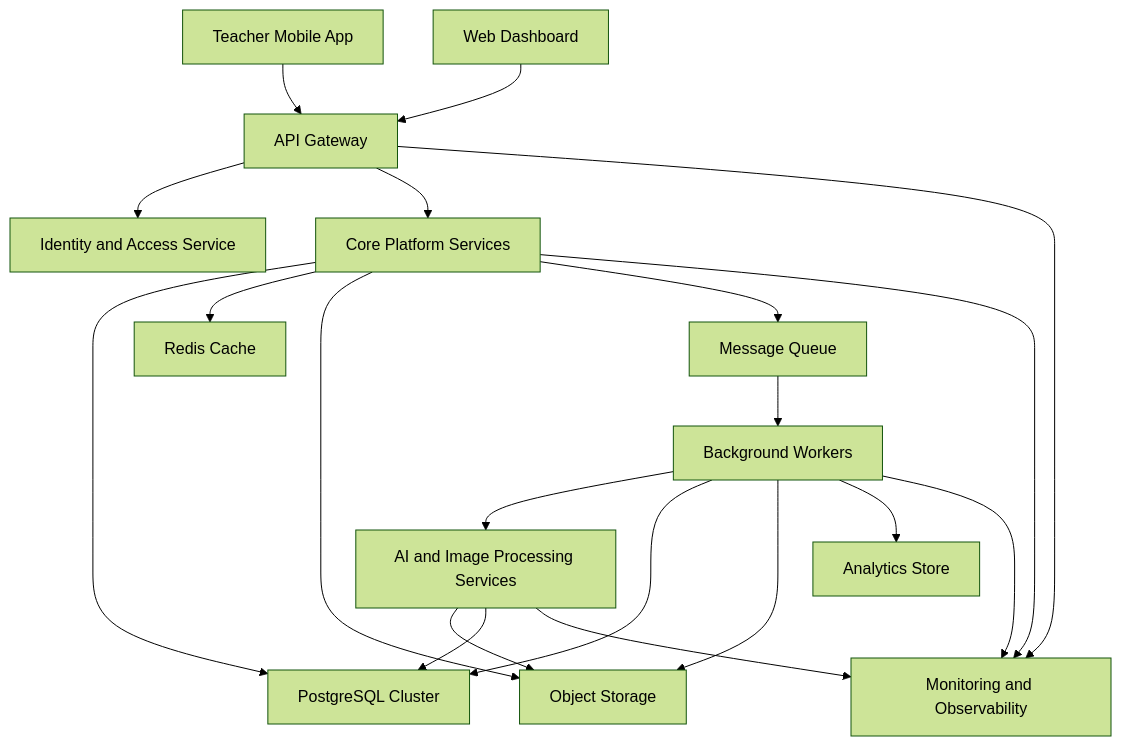
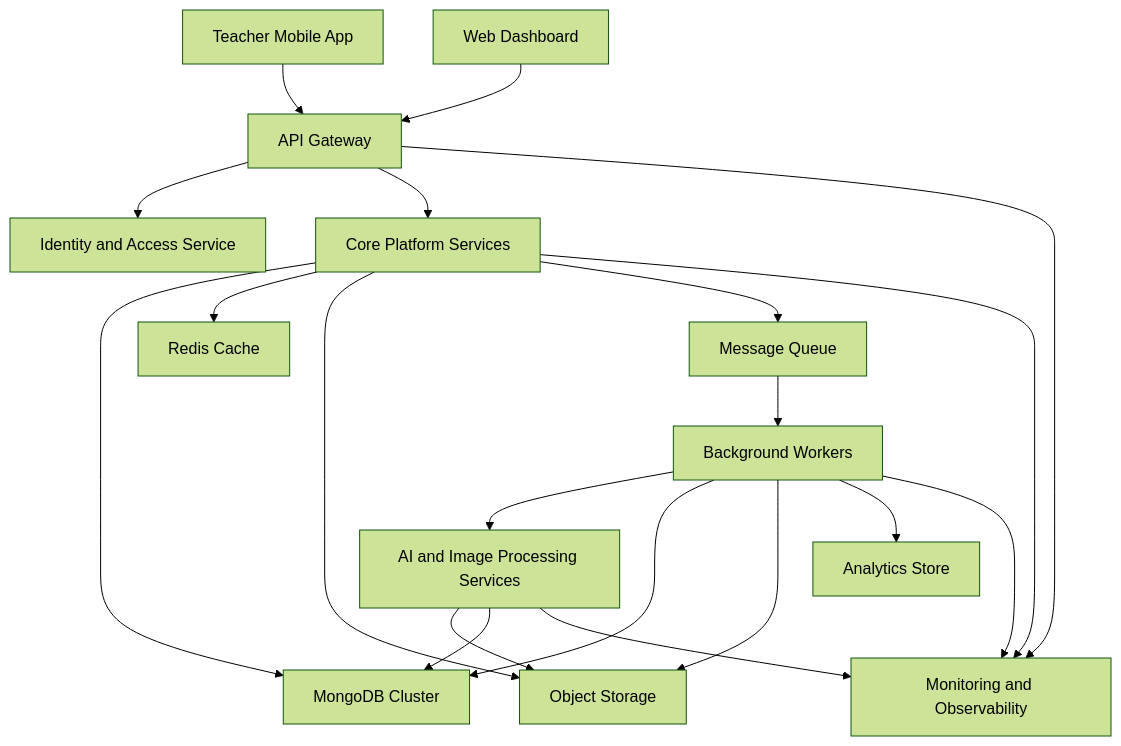
The second of 18 diagrams in ARCHITECTURE.md (RahulPrsad/fln), drawn with Mermaid (forest theme) before and after one commit. The commit also changed other lines of this file and 4 other files, not shown here.

````diff
--- a/ARCHITECTURE.md
+++ b/ARCHITECTURE.md
@@ -104,36 +104,36 @@
 ```mermaid
 flowchart TD
     Mobile["Teacher Mobile App"]
     Web["Web Dashboard"]
     Gateway["API Gateway"]
     Auth["Identity and Access Service"]
     Core["Core Platform Services"]
     Queue["Message Queue"]
     Workers["Background Workers"]
     AI["AI and Image Processing Services"]
-    DB["PostgreSQL Cluster"]
+    DB["MongoDB Cluster"]
     Redis["Redis Cache"]
     Storage["Object Storage"]
     Analytics["Analytics Store"]
     Monitoring["Monitoring and Observability"]
 
     Mobile --> Gateway
     Web --> Gateway
     Gateway --> Auth
     Gateway --> Core
     Core --> DB
     Core --> Redis
     Core --> Storage
     Core --> Queue
     Queue --> Workers
     Workers --> AI
     Workers --> DB
     Workers --> Storage
     Workers --> Analytics
     AI --> Storage
     AI --> DB
     Core --> Monitoring
     Workers --> Monitoring
     AI --> Monitoring
     Gateway --> Monitoring
 ```
````
